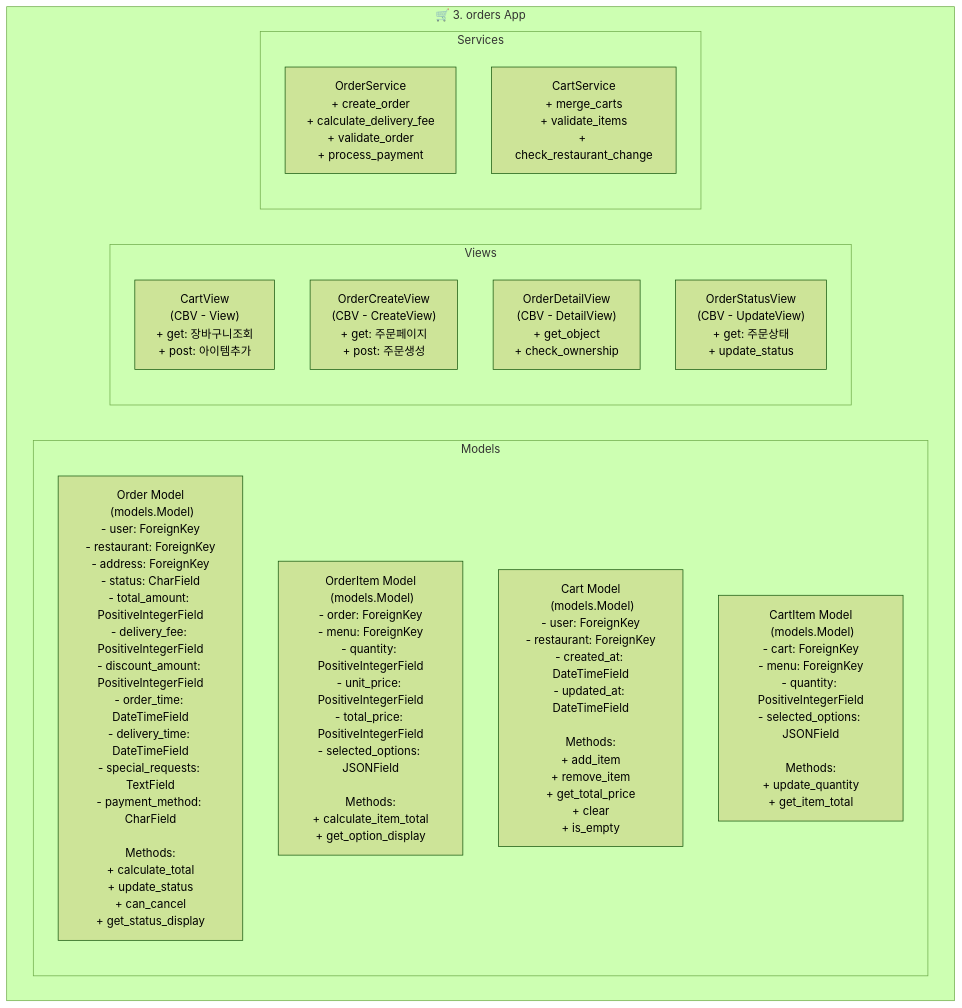
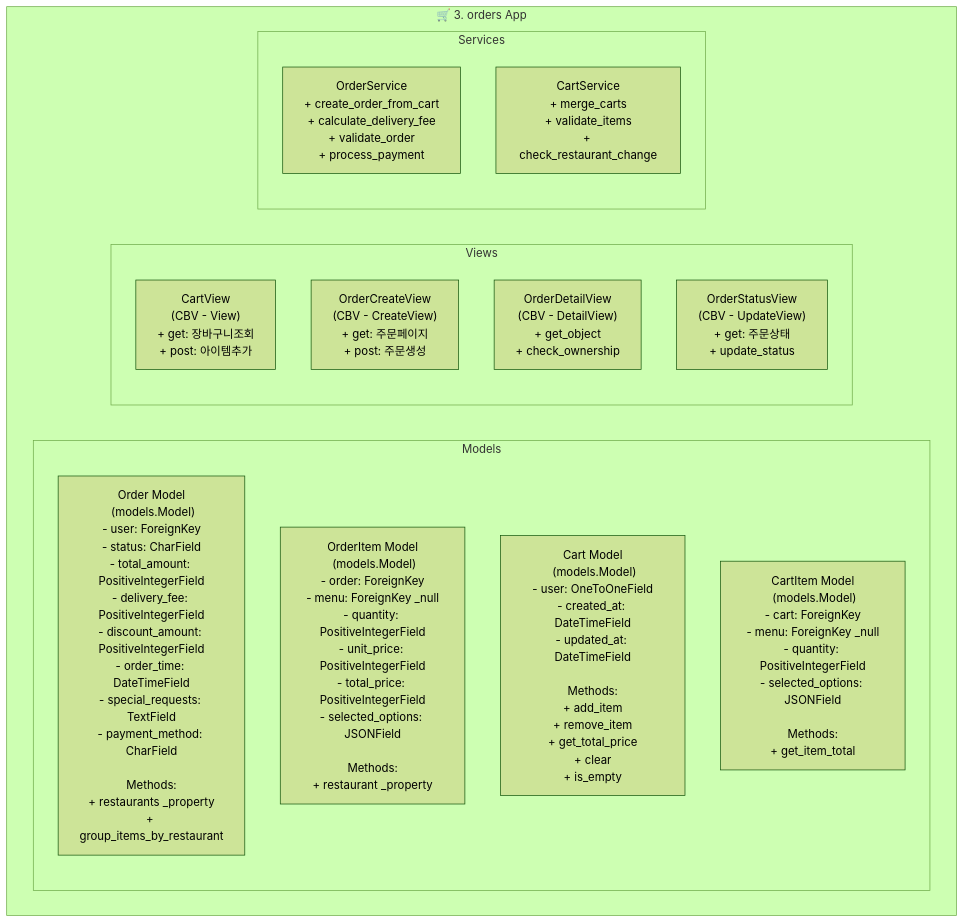
The diagram in apps/orders/README.md (jhj1111/sessac_shoping_web), drawn with Mermaid (forest theme) before and after one commit. The commit also changed other lines of this file and 2 other files, not shown here.

````diff
--- a/apps/orders/README.md
+++ b/apps/orders/README.md
@@ -2,23 +2,23 @@
 ```mermaid
 graph TB
     subgraph "🛒 3. orders App"
         subgraph "Models"
-            C1["Order Model<br> (models.Model)"<br/>- user: ForeignKey<br/>- restaurant: ForeignKey<br/>- address: ForeignKey<br/>- status: CharField<br/>- total_amount: PositiveIntegerField<br/>- delivery_fee: PositiveIntegerField<br/>- discount_amount: PositiveIntegerField<br/>- order_time: DateTimeField<br/>- delivery_time: DateTimeField<br/>- special_requests: TextField<br/>- payment_method: CharField<br/><br/>Methods:<br/>+ calculate_total<br/>+ update_status<br/>+ can_cancel<br/>+ get_status_display]
-            C2["OrderItem Model<br> (models.Model)"<br/>- order: ForeignKey<br/>- menu: ForeignKey<br/>- quantity: PositiveIntegerField<br/>- unit_price: PositiveIntegerField<br/>- total_price: PositiveIntegerField<br/>- selected_options: JSONField<br/><br/>Methods:<br/>+ calculate_item_total<br/>+ get_option_display]
-            C3["Cart Model<br> (models.Model)"<br/>- user: ForeignKey<br/>- restaurant: ForeignKey<br/>- created_at: DateTimeField<br/>- updated_at: DateTimeField<br/><br/>Methods:<br/>+ add_item<br/>+ remove_item<br/>+ get_total_price<br/>+ clear<br/>+ is_empty]
-            C4["CartItem Model<br> (models.Model)"<br/>- cart: ForeignKey<br/>- menu: ForeignKey<br/>- quantity: PositiveIntegerField<br/>- selected_options: JSONField<br/><br/>Methods:<br/>+ update_quantity<br/>+ get_item_total]
+            C1["Order Model<br> (models.Model)"<br/>- user: ForeignKey<br/>- status: CharField<br/>- total_amount: PositiveIntegerField<br/>- delivery_fee: PositiveIntegerField<br/>- discount_amount: PositiveIntegerField<br/>- order_time: DateTimeField<br/>- special_requests: TextField<br/>- payment_method: CharField<br/><br/>Methods:<br/>+ restaurants _property<br/>+ group_items_by_restaurant]
+            C2["OrderItem Model<br> (models.Model)"<br/>- order: ForeignKey<br/>- menu: ForeignKey _null<br/>- quantity: PositiveIntegerField<br/>- unit_price: PositiveIntegerField<br/>- total_price: PositiveIntegerField<br/>- selected_options: JSONField<br/><br/>Methods:<br/>+ restaurant _property]
+            C3["Cart Model<br> (models.Model)"<br/>- user: OneToOneField<br/>- created_at: DateTimeField<br/>- updated_at: DateTimeField<br/><br/>Methods:<br/>+ add_item<br/>+ remove_item<br/>+ get_total_price<br/>+ clear<br/>+ is_empty]
+            C4["CartItem Model<br> (models.Model)"<br/>- cart: ForeignKey<br/>- menu: ForeignKey _null<br/>- quantity: PositiveIntegerField<br/>- selected_options: JSONField<br/><br/>Methods:<br/>+ get_item_total]
         end
         
         subgraph "Views"
             C5["CartView<br> (CBV - View)"<br/>+ get: 장바구니조회<br/>+ post: 아이템추가]
             C6["OrderCreateView<br> (CBV - CreateView)"<br/>+ get: 주문페이지<br/>+ post: 주문생성]
             C7["OrderDetailView<br> (CBV - DetailView)"<br/>+ get_object<br/>+ check_ownership]
             C8["OrderStatusView<br> (CBV - UpdateView)"<br/>+ get: 주문상태<br/>+ update_status]
         end
         
         subgraph "Services"
-            C9[OrderService<br/>+ create_order<br/>+ calculate_delivery_fee<br/>+ validate_order<br/>+ process_payment]
+            C9[OrderService<br/>+ create_order_from_cart<br/>+ calculate_delivery_fee<br/>+ validate_order<br/>+ process_payment]
             C10[CartService<br/>+ merge_carts<br/>+ validate_items<br/>+ check_restaurant_change]
         end
     end
 ```
````
